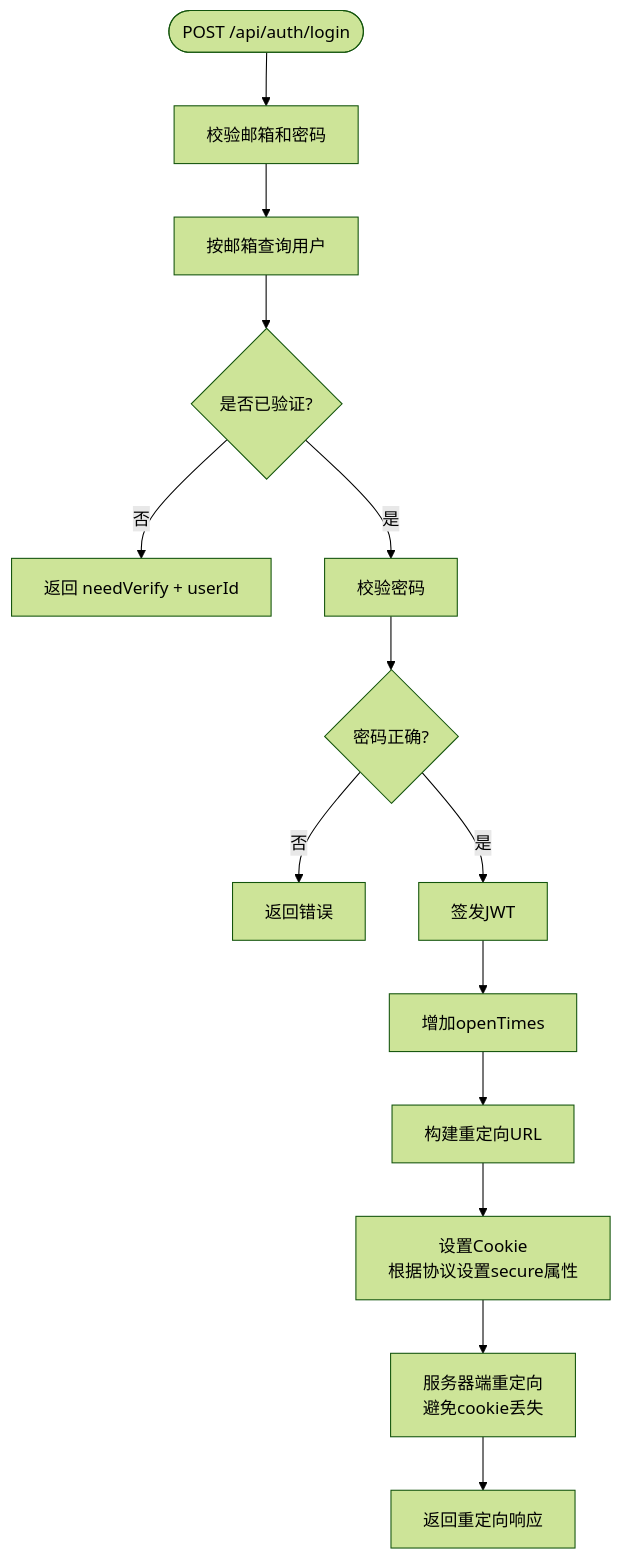
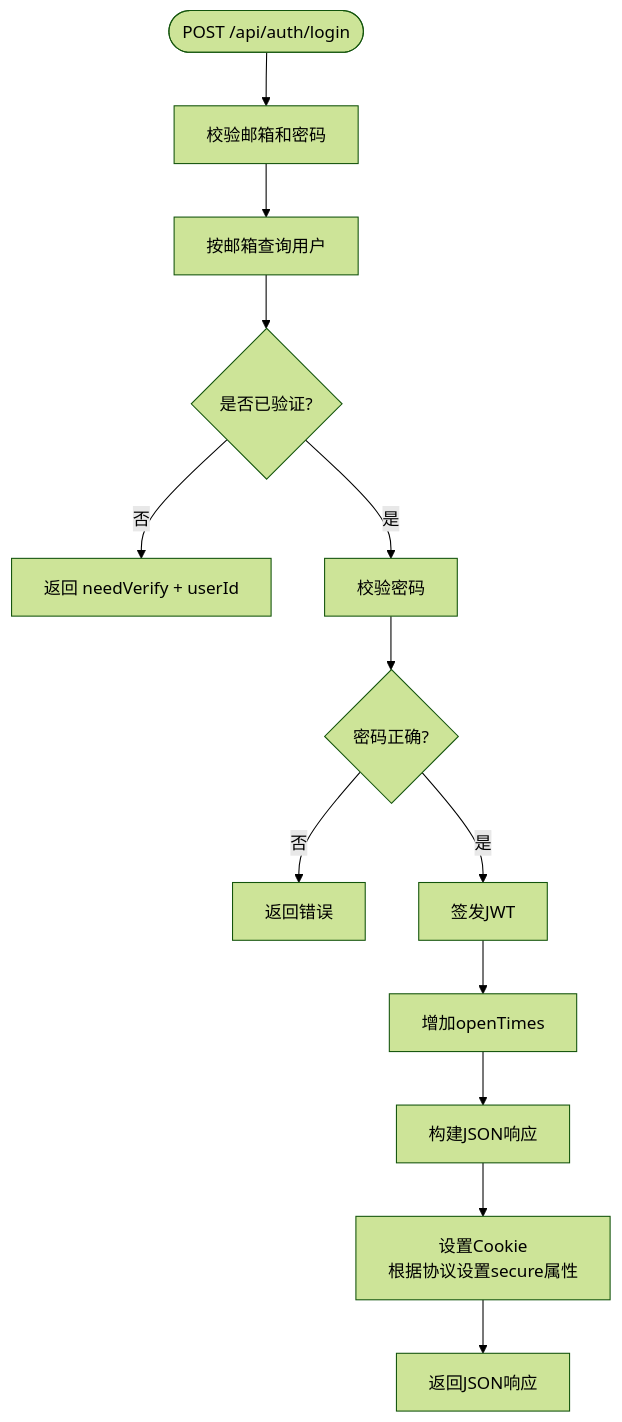
One commit to kangkang919/xinya changed the fourth of 10 diagrams in .qoder/repowiki/zh/content/用户认证系统/登录页面调试功能.md. Above: the diagram before and after it, drawn with Mermaid (forest theme). The commit also changed other lines of this file and 35 other files, not shown here.

````diff
--- a/.qoder/repowiki/zh/content/用户认证系统/登录页面调试功能.md
+++ b/.qoder/repowiki/zh/content/用户认证系统/登录页面调试功能.md
@@ -247,16 +230,15 @@
 ```mermaid
 flowchart TD
 Req(["POST /api/auth/login"]) --> Validate["校验邮箱和密码"]
 Validate --> FindUser["按邮箱查询用户"]
 FindUser --> CheckVerified{"是否已验证?"}
 CheckVerified --> |否| ReturnNeedVerify["返回 needVerify + userId"]
 CheckVerified --> |是| VerifyPwd["校验密码"]
 VerifyPwd --> Valid{"密码正确?"}
 Valid --> |否| ReturnError["返回错误"]
 Valid --> |是| SignToken["签发JWT"]
 SignToken --> UpdateOpen["增加openTimes"]
-UpdateOpen --> BuildURL["构建重定向URL"]
-BuildURL --> SetCookie["设置Cookie<br/>根据协议设置secure属性"]
-SetCookie --> ServerRedirect["服务器端重定向<br/>避免cookie丢失"]
-ServerRedirect --> Resp["返回重定向响应"]
+UpdateOpen --> BuildResponse["构建JSON响应"]
+BuildResponse --> SetCookie["设置Cookie<br/>根据协议设置secure属性"]
+SetCookie --> Resp["返回JSON响应"]
 ```
````
